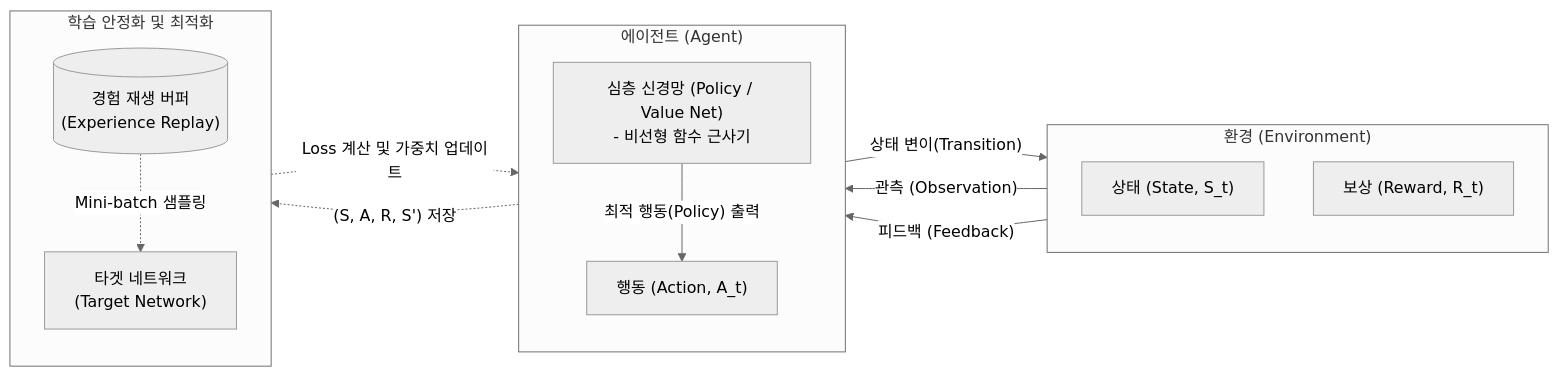
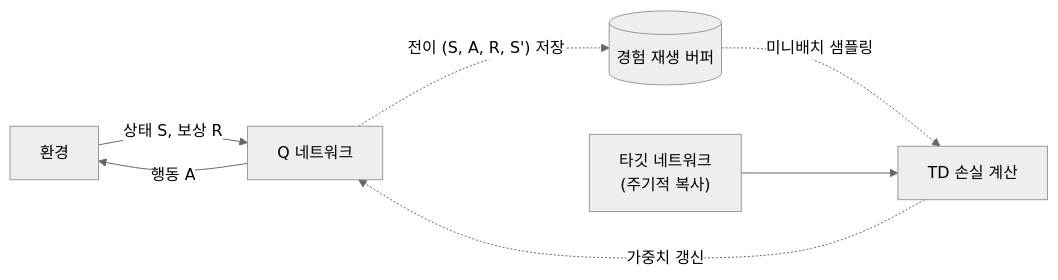
One commit to supremethumb/supremethumb.github.io changed the diagram in content/01_IT Tech/심화강화학습.md. Above: the diagram before and after it, drawn with Mermaid (neutral theme). The commit also changed other lines of this file and 1087 other files, not shown here.

````diff
--- a/content/01_IT Tech/심화강화학습.md
+++ b/content/01_IT Tech/심화강화학습.md
@@ -27,30 +36,9 @@
 ```mermaid
 flowchart LR
-    subgraph Environment ["환경 (Environment)"]
-        direction TB
-        State["상태 (State, S_t)"]
-        Reward["보상 (Reward, R_t)"]
-    end
-
-    subgraph Agent ["에이전트 (Agent)"]
-        direction TB
-        DNN["심층 신경망 (Policy / Value Net)<br/>- 비선형 함수 근사기"]
-        Action["행동 (Action, A_t)"]
-    end
-    
-    subgraph Optimization ["학습 안정화 및 최적화"]
-        direction TB
-        Buffer[("경험 재생 버퍼<br/>(Experience Replay)")]
-        Target["타겟 네트워크<br/>(Target Network)"]
-    end
-
-    State -->|"관측 (Observation)"| DNN
-    Reward -->|"피드백 (Feedback)"| DNN
-    DNN -->|"최적 행동(Policy) 출력"| Action
-    Action -->|"상태 변이(Transition)"| Environment
-    
-    DNN -. "(S, A, R, S') 저장" .-> Buffer
-    Buffer -. "Mini-batch 샘플링" .-> Target
-    Target -. "Loss 계산 및 가중치 업데이트" .-> DNN
-
+    ENV["환경"] -- "상태 S, 보상 R" --> NET["Q 네트워크"]
+    NET -- "행동 A" --> ENV
+    NET -. "전이 (S, A, R, S') 저장" .-> BUF[("경험 재생 버퍼")]
+    BUF -. "미니배치 샘플링" .-> LOSS["TD 손실 계산"]
+    TGT["타깃 네트워크<br/>(주기적 복사)"] --> LOSS
+    LOSS -. "가중치 갱신" .-> NET
 ```
````
